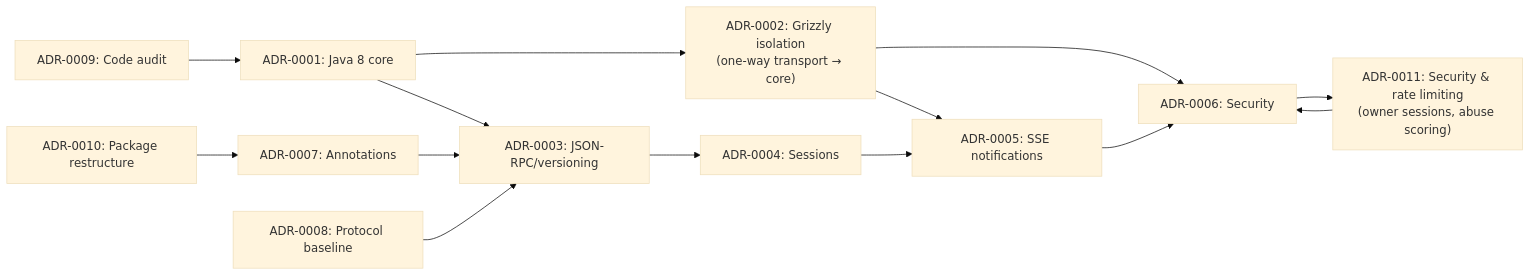
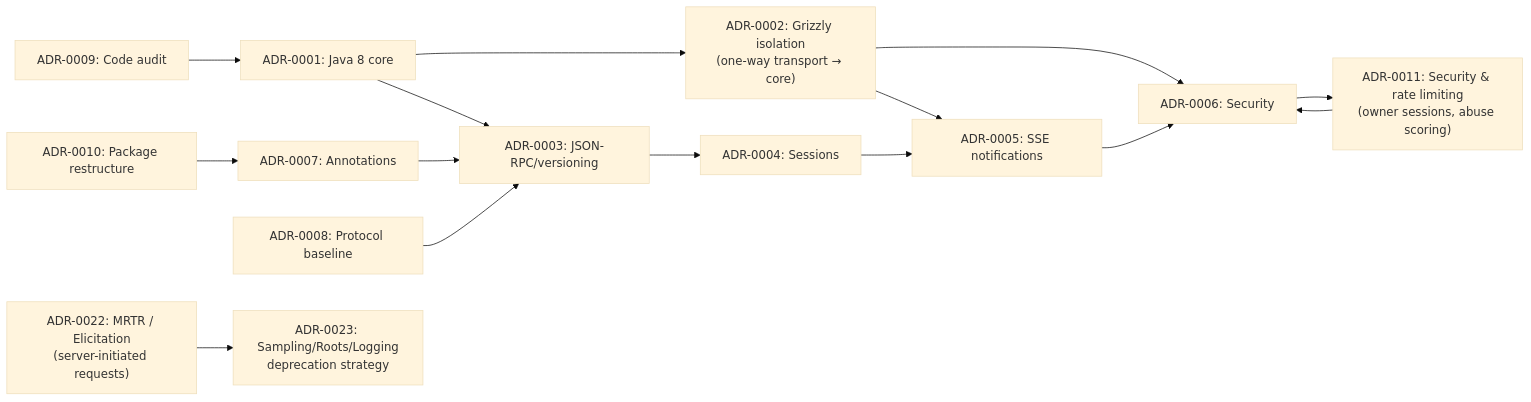
The diagram in docs/adr/README.md (vinhphan812/mcp-java-sdk), drawn with Mermaid (base theme) before and after one commit. The commit also changed other lines of this file and 6 other files, not shown here.

First line of the commit message:
docs: add deprecation ADR-0023 and elicitation guide; update related docs (#31)

````diff
--- a/docs/adr/README.md
+++ b/docs/adr/README.md
@@ -16,28 +16,31 @@
 ```mermaid
 flowchart LR
     Core1["ADR-0001: Java 8 core"]
     Core2["ADR-0002: Grizzly isolation\n(one-way transport → core)"]
     Core3["ADR-0003: JSON-RPC/versioning"]
     Core4["ADR-0004: Sessions"]
     Core5["ADR-0005: SSE notifications"]
     Core6["ADR-0006: Security"]
     Core7["ADR-0007: Annotations"]
     Core8["ADR-0008: Protocol baseline"]
     Core9["ADR-0009: Code audit"]
     Core10["ADR-0010: Package restructure"]
     Core11["ADR-0011: Security & rate limiting\n(owner sessions, abuse scoring)"]
+    Core22["ADR-0022: MRTR / Elicitation\n(server-initiated requests)"]
+    Core23["ADR-0023: Sampling/Roots/Logging\ndeprecation strategy"]
 
     Core1 --> Core2
     Core1 --> Core3
     Core2 --> Core6
     Core2 --> Core5
     Core3 --> Core4
     Core4 --> Core5
     Core5 --> Core6
     Core6 --> Core11
     Core7 --> Core3
     Core8 --> Core3
     Core9 --> Core1
     Core10 --> Core7
     Core11 --> Core6
+    Core22 --> Core23
 ```
````
